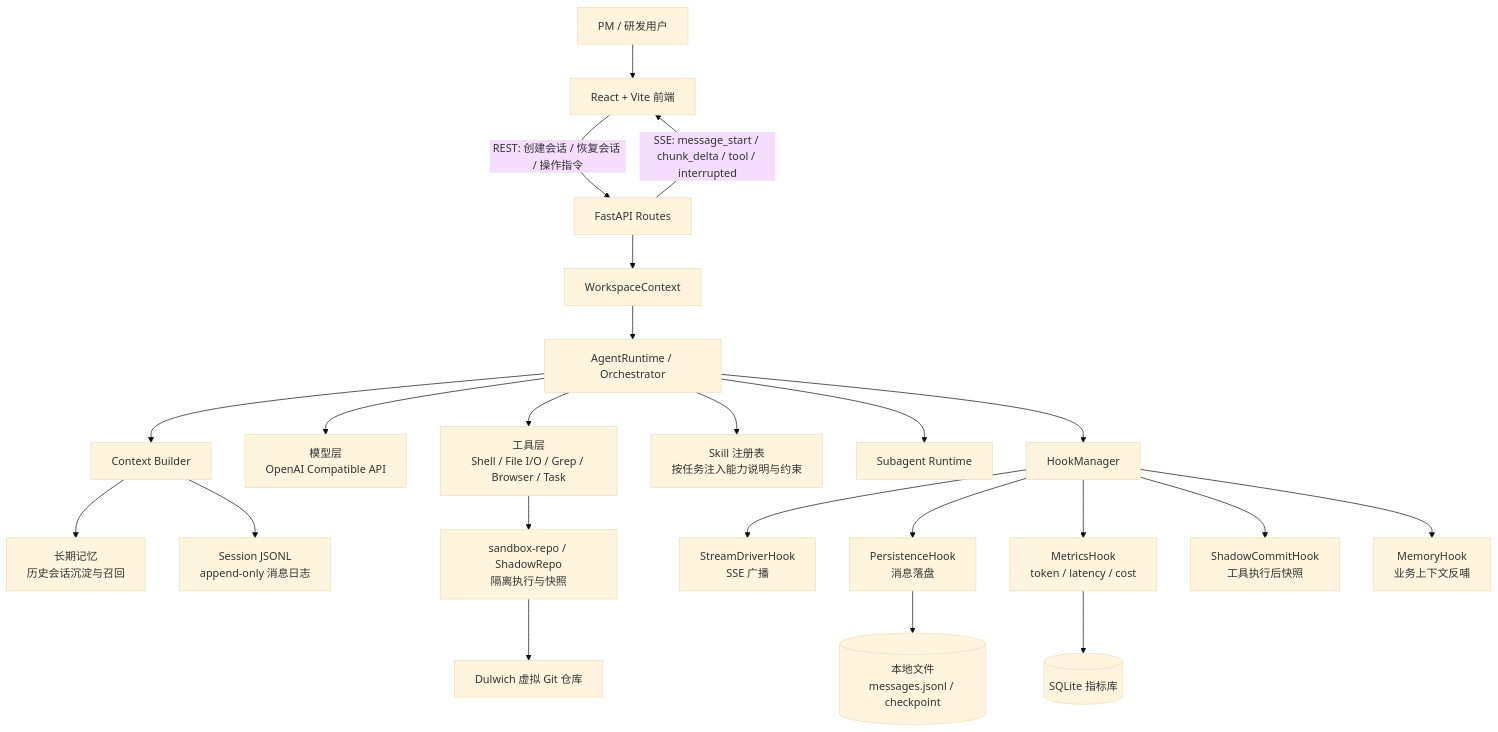
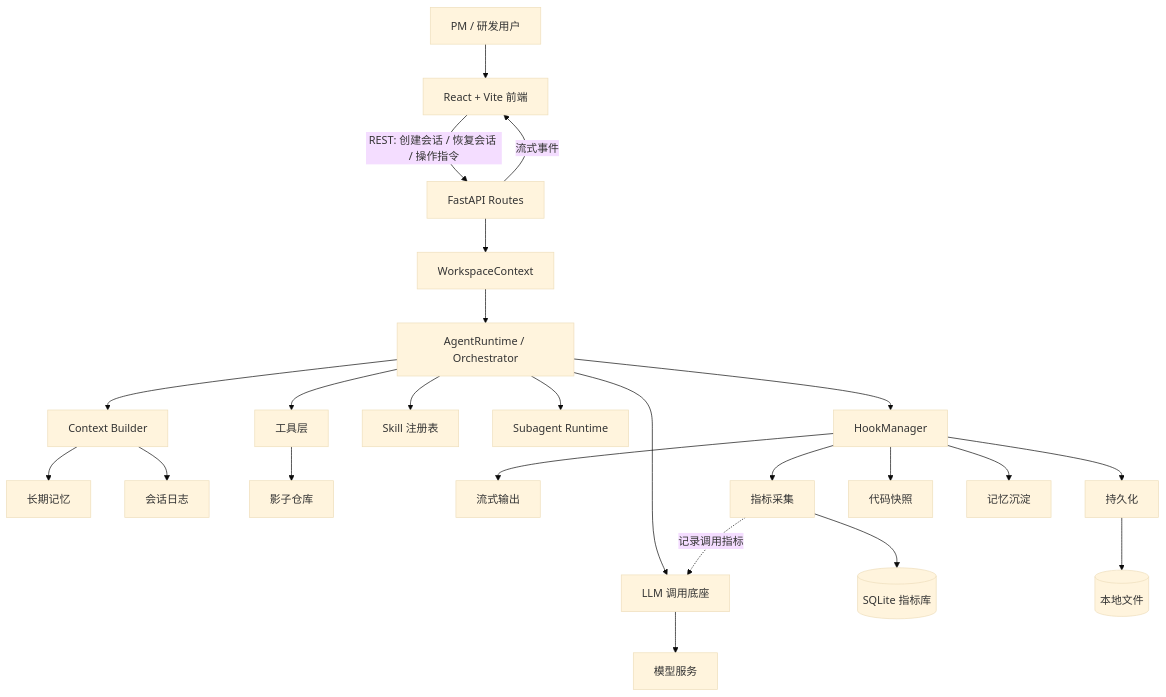
The diagram in docs/技术说明.md (352astro/byte_e2e_agent), drawn with Mermaid (base theme) before and after one commit. The commit also changed other lines of this file, not shown here.

````diff
--- a/docs/技术说明.md
+++ b/docs/技术说明.md
@@ -34,29 +34,30 @@
 ```mermaid
 flowchart TD
     PM[PM / 研发用户] --> FE[React + Vite 前端]
     FE -->|REST: 创建会话 / 恢复会话 / 操作指令| API[FastAPI Routes]
-    API -->|SSE: message_start / chunk_delta / tool / interrupted| FE
+    API -->|流式事件| FE
 
     API --> WS[WorkspaceContext]
     WS --> ORCH[AgentRuntime / Orchestrator]
     ORCH --> CTX[Context Builder]
-    ORCH --> MODEL[模型层<br/>OpenAI Compatible API]
-    ORCH --> TOOLS[工具层<br/>Shell / File I/O / Grep / Browser / Task]
-    ORCH --> SKILL[Skill 注册表<br/>按任务注入能力说明与约束]
+    ORCH --> LLM[LLM 调用底座]
+    LLM --> MODEL[模型服务]
+    ORCH --> TOOLS[工具层]
+    ORCH --> SKILL[Skill 注册表]
     ORCH --> SUB[Subagent Runtime]
 
-    CTX --> MEMORY[长期记忆<br/>历史会话沉淀与召回]
-    CTX --> SESSION[Session JSONL<br/>append-only 消息日志]
-    TOOLS --> SANDBOX[sandbox-repo / ShadowRepo<br/>隔离执行与快照]
-    SANDBOX --> GIT[Dulwich 虚拟 Git 仓库]
+    CTX --> MEMORY[长期记忆]
+    CTX --> SESSION[会话日志]
+    TOOLS --> SANDBOX[影子仓库]
 
     ORCH --> HOOK[HookManager]
-    HOOK --> STREAM[StreamDriverHook<br/>SSE 广播]
-    HOOK --> PERSIST[PersistenceHook<br/>消息落盘]
-    HOOK --> METRICS[MetricsHook<br/>token / latency / cost]
-    HOOK --> SNAPSHOT[ShadowCommitHook<br/>工具执行后快照]
-    HOOK --> MEMHOOK[MemoryHook<br/>业务上下文反哺]
+    HOOK --> STREAM[流式输出]
+    HOOK --> PERSIST[持久化]
+    HOOK --> METRICS[指标采集]
+    HOOK --> SNAPSHOT[代码快照]
+    HOOK --> MEMHOOK[记忆沉淀]
 
+    METRICS -.记录调用指标.-> LLM
     METRICS --> SQLITE[(SQLite 指标库)]
-    PERSIST --> FILES[(本地文件<br/>messages.jsonl / checkpoint)]
+    PERSIST --> FILES[(本地文件)]
 ```
````
